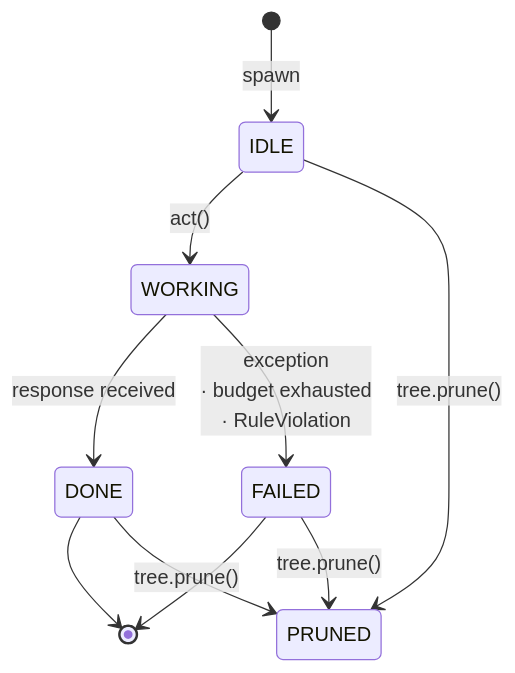
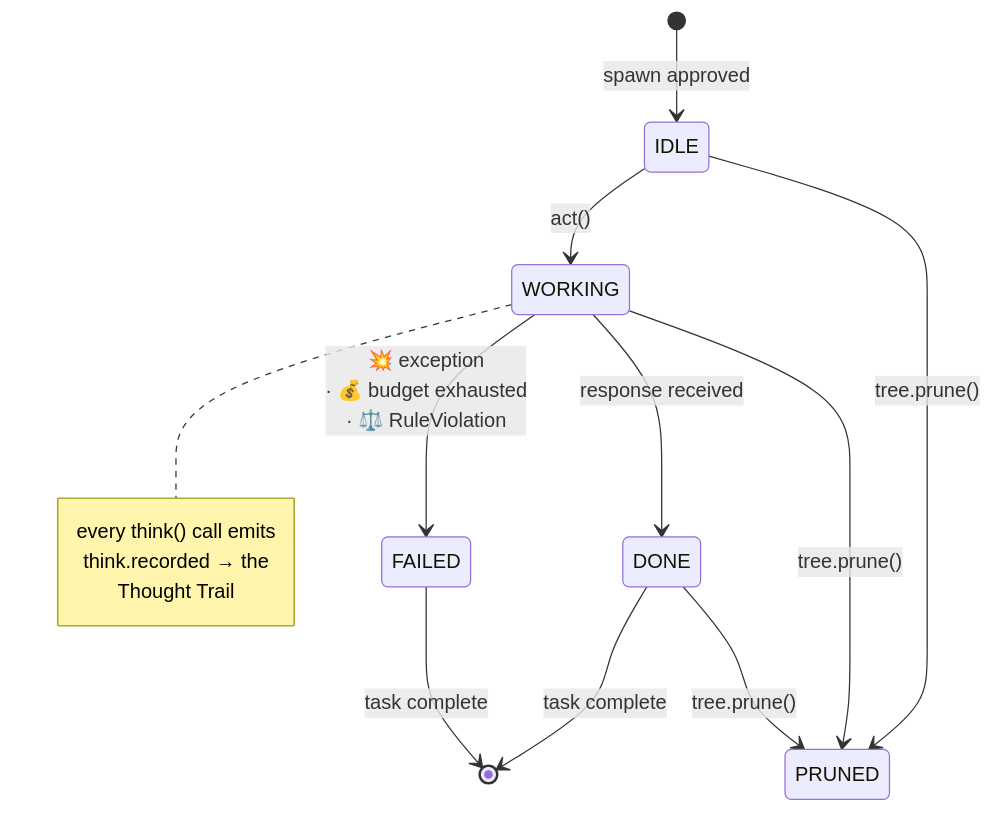
Before and after one commit to Ranzim/ormica: the fourth of 4 diagrams in README.md, drawn with Mermaid. The commit also changed other lines of this file, not shown here.

````diff
--- a/README.md
+++ b/README.md
@@ -209,12 +229,18 @@
 ```mermaid
 stateDiagram-v2
-    [*] --> IDLE: spawn
+    [*] --> IDLE: spawn approved
     IDLE --> WORKING: act()
     WORKING --> DONE: response received
-    WORKING --> FAILED: exception<br/>· budget exhausted<br/>· RuleViolation
-    DONE --> [*]
-    FAILED --> [*]
+    WORKING --> FAILED: 💥 exception<br/>· 💰 budget exhausted<br/>· ⚖️ RuleViolation
+    DONE --> [*]: task complete
+    FAILED --> [*]: task complete
     IDLE --> PRUNED: tree.prune()
+    WORKING --> PRUNED: tree.prune()
     DONE --> PRUNED: tree.prune()
-    FAILED --> PRUNED: tree.prune()
+
+    note right of WORKING
+        every think() call emits
+        think.recorded → the
+        Thought Trail
+    end note
 ```
````
